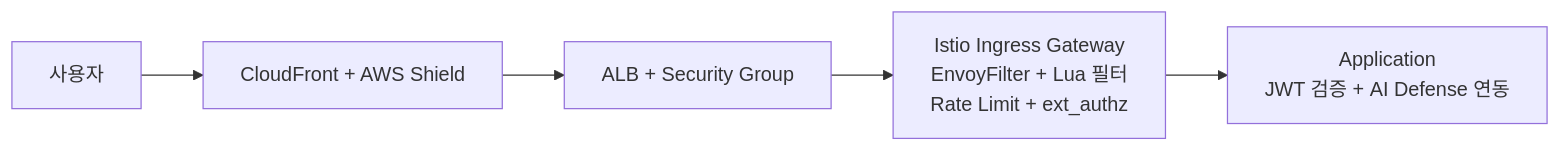
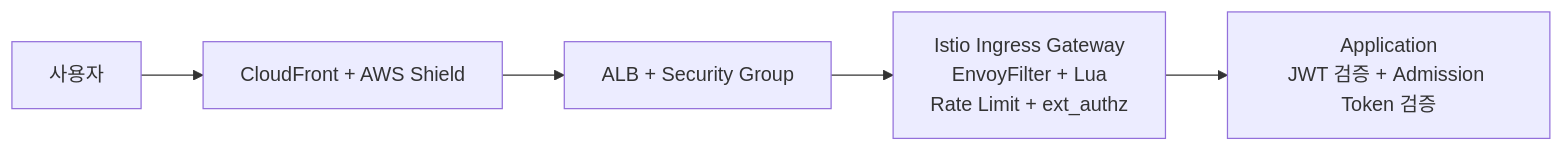
The diagram in docs/content/security/flow.md (goorm-gongbang/001-finalPR), drawn with Mermaid before and after one commit. The commit also changed other lines of this file and 5 other files, not shown here.

````diff
--- a/docs/content/security/flow.md
+++ b/docs/content/security/flow.md
@@ -9,7 +9,7 @@
 ```mermaid
 flowchart LR
     USER[사용자] --> EDGE[CloudFront + AWS Shield]
     EDGE --> ALB[ALB + Security Group]
-    ALB --> ISTIO[Istio Ingress Gateway<br/>EnvoyFilter + Lua 필터<br/>Rate Limit + ext_authz]
-    ISTIO --> APP[Application<br/>JWT 검증 + AI Defense 연동]
+    ALB --> ISTIO[Istio Ingress Gateway<br/>EnvoyFilter + Lua<br/>Rate Limit + ext_authz]
+    ISTIO --> APP[Application<br/>JWT 검증 + Admission Token 검증]
 ```
````
